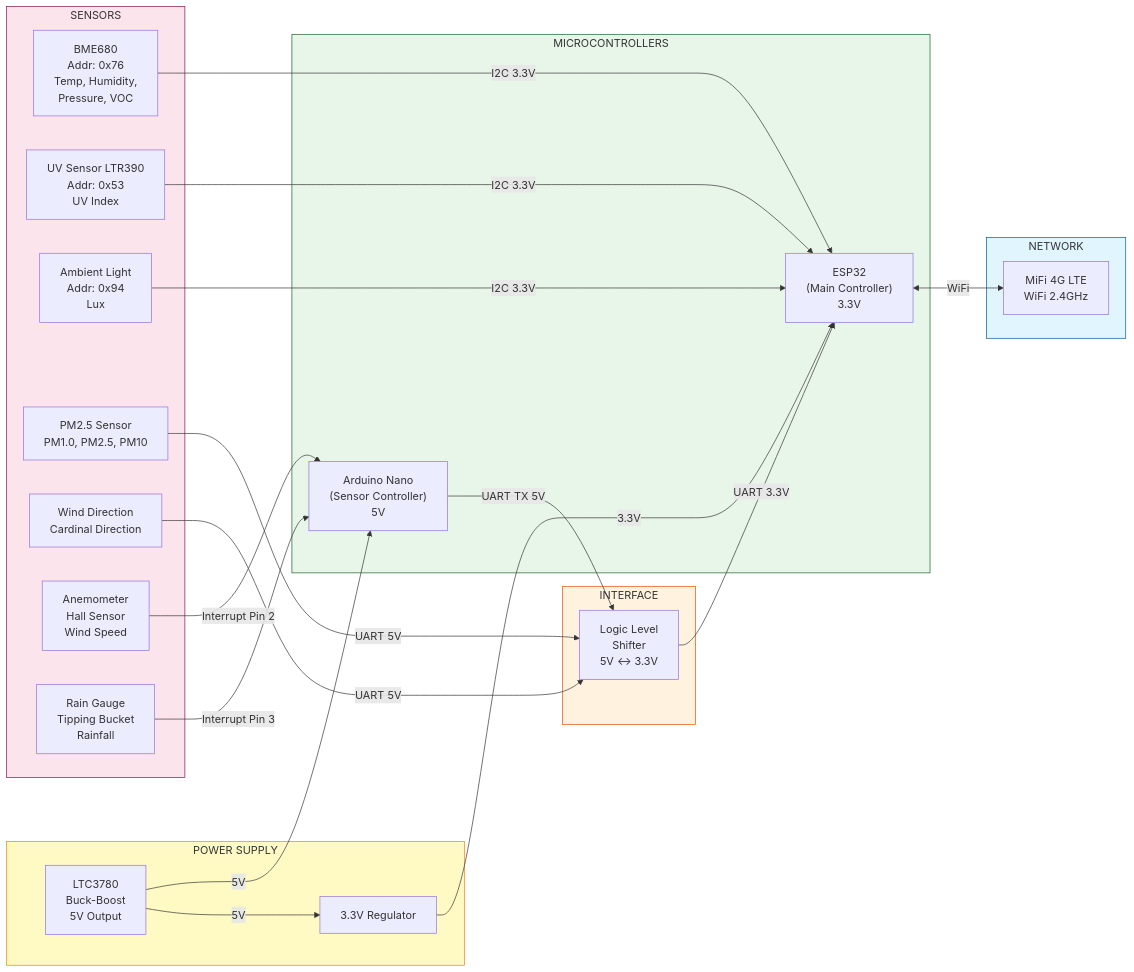
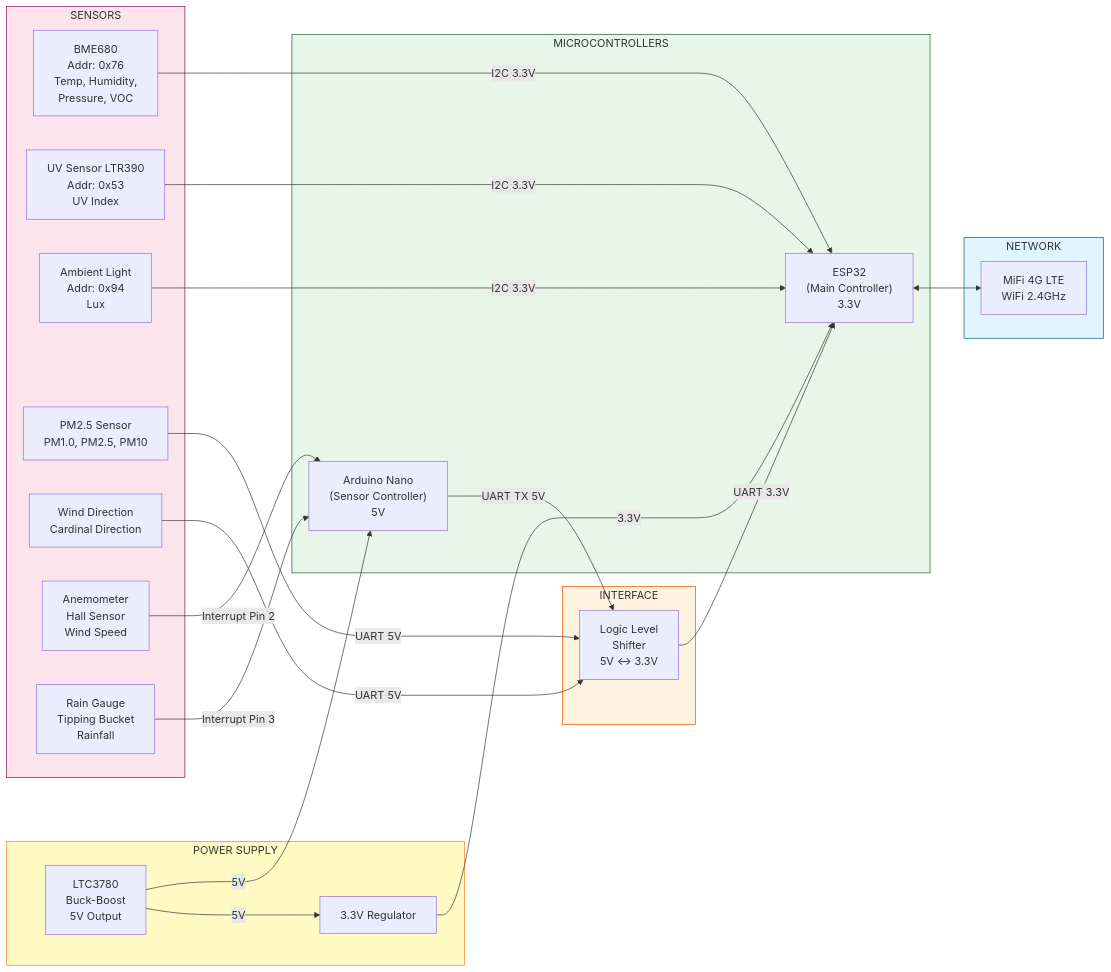
The second of 7 diagrams in Proposal.md (antonprafanto/weather_sensor), drawn with Mermaid before and after one commit. The commit also changed other lines of this file, not shown here.

````diff
--- a/Proposal.md
+++ b/Proposal.md
@@ -874,59 +874,59 @@
 ```mermaid
 graph LR
     subgraph Sensors["SENSORS"]
         BME["BME680<br/>Addr: 0x76<br/>Temp, Humidity,<br/>Pressure, VOC"]
         UVS["UV Sensor LTR390<br/>Addr: 0x53<br/>UV Index"]
         ALS["Ambient Light<br/>Addr: 0x94<br/>Lux"]
         PM["PM2.5 Sensor<br/>PM1.0, PM2.5, PM10"]
         WD["Wind Direction<br/>Cardinal Direction"]
         ANE["Anemometer<br/>Hall Sensor<br/>Wind Speed"]
         RG["Rain Gauge<br/>Tipping Bucket<br/>Rainfall"]
     end
 
     subgraph Controllers["MICROCONTROLLERS"]
         ESP["ESP32<br/>(Main Controller)<br/>3.3V"]
         ARD["Arduino Nano<br/>(Sensor Controller)<br/>5V"]
     end
 
     subgraph Interface["INTERFACE"]
         LS["Logic Level<br/>Shifter<br/>5V ↔ 3.3V"]
     end
 
     subgraph Network["NETWORK"]
         MIFI["MiFi 4G LTE<br/>WiFi 2.4GHz"]
     end
 
     subgraph Power_Supply["POWER SUPPLY"]
         LTC["LTC3780<br/>Buck-Boost<br/>5V Output"]
         REG["3.3V Regulator"]
     end
 
     %% I2C Connections
     BME -->|I2C 3.3V| ESP
     UVS -->|I2C 3.3V| ESP
     ALS -->|I2C 3.3V| ESP
 
     %% UART Connections via Level Shifter
     PM -->|UART 5V| LS
     WD -->|UART 5V| LS
     ARD -->|UART TX 5V| LS
     LS -->|UART 3.3V| ESP
 
     %% Interrupt Connections
     ANE -->|Interrupt Pin 2| ARD
     RG -->|Interrupt Pin 3| ARD
 
     %% WiFi Connection
-    ESP <-->|WiFi| MIFI
+    ESP <--> MIFI
 
     %% Power Connections
     LTC -->|5V| ARD
     LTC -->|5V| REG
     REG -->|3.3V| ESP
 
     style Sensors fill:#fce4ec,stroke:#880e4f
     style Controllers fill:#e8f5e9,stroke:#1b5e20
     style Interface fill:#fff3e0,stroke:#e65100
     style Network fill:#e1f5ff,stroke:#01579b
     style Power_Supply fill:#fff9c4,stroke:#f57f17
 ```
````
